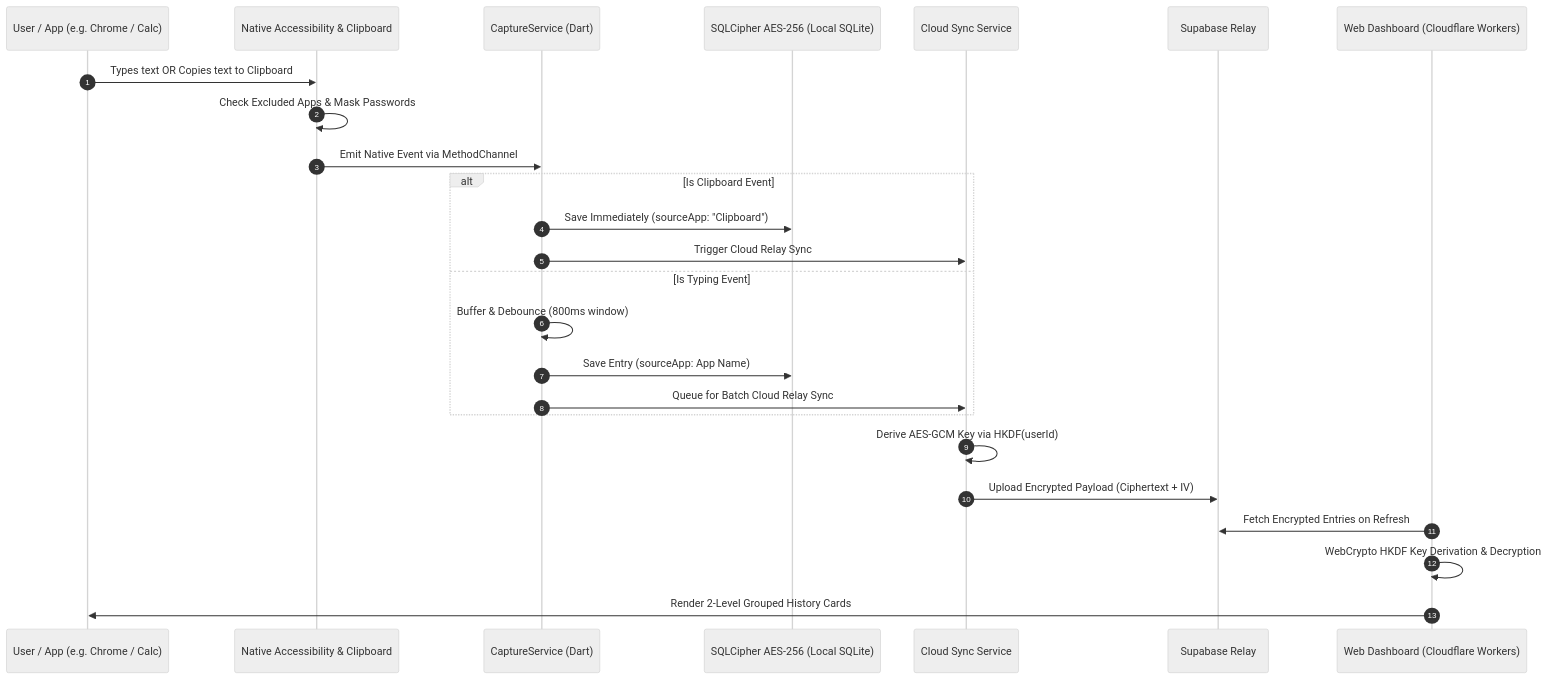
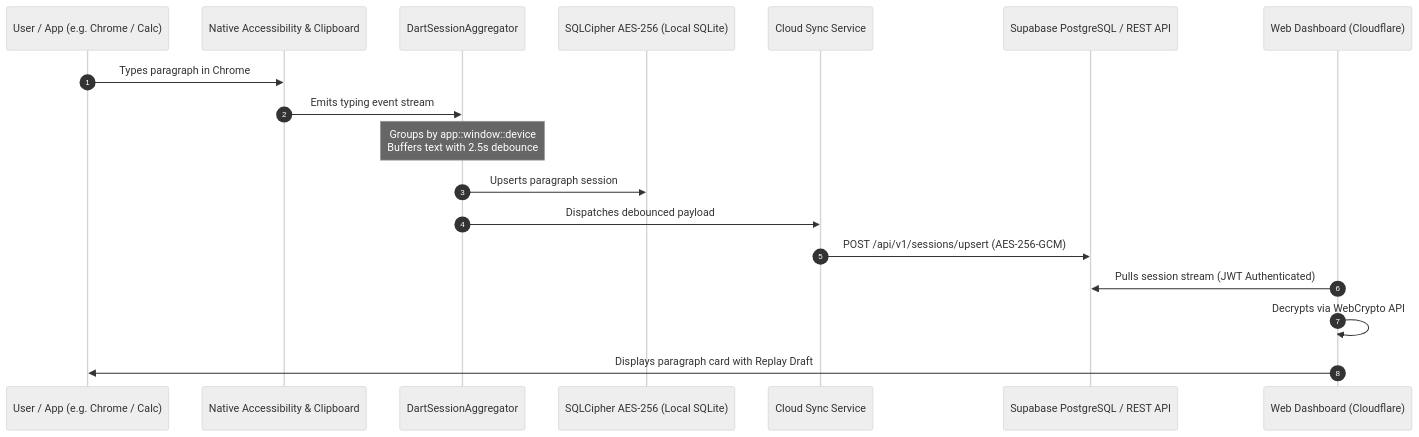
The diagram in docs/KeyFlow_04_Architecture.md (tramakrishna3012/KeyFlow), drawn with Mermaid (neutral theme) before and after one commit. The commit also changed other lines of this file and 9 other files, not shown here.

````diff
--- a/docs/KeyFlow_04_Architecture.md
+++ b/docs/KeyFlow_04_Architecture.md
@@ -92,31 +84,21 @@
 ```mermaid
 sequenceDiagram
     autonumber
     participant User as User / App (e.g. Chrome / Calc)
     participant A11y as Native Accessibility & Clipboard
-    participant Cap as CaptureService (Dart)
+    participant Agg as DartSessionAggregator
     participant DB as SQLCipher AES-256 (Local SQLite)
     participant Sync as Cloud Sync Service
-    participant Supa as Supabase Relay
-    participant Web as Web Dashboard (Cloudflare Workers)
+    participant Supa as Supabase PostgreSQL / REST API
+    participant Web as Web Dashboard (Cloudflare)
 
-    User->>A11y: Types text OR Copies text to Clipboard
-    A11y->>A11y: Check Excluded Apps & Mask Passwords
-    A11y->>Cap: Emit Native Event via MethodChannel
-    
-    alt Is Clipboard Event
-        Cap->>DB: Save Immediately (sourceApp: "Clipboard")
-        Cap->>Sync: Trigger Cloud Relay Sync
-    else Is Typing Event
-        Cap->>Cap: Buffer & Debounce (800ms window)
-        Cap->>DB: Save Entry (sourceApp: App Name)
-        Cap->>Sync: Queue for Batch Cloud Relay Sync
-    end
-
-    Sync->>Sync: Derive AES-GCM Key via HKDF(userId)
-    Sync->>Supa: Upload Encrypted Payload (Ciphertext + IV)
-    
-    Web->>Supa: Fetch Encrypted Entries on Refresh
-    Web->>Web: WebCrypto HKDF Key Derivation & Decryption
-    Web->>User: Render 2-Level Grouped History Cards
+    User->>A11y: Types paragraph in Chrome
+    A11y->>Agg: Emits typing event stream
+    Note over Agg: Groups by app::window::device<br/>Buffers text with 2.5s debounce
+    Agg->>DB: Upserts paragraph session
+    Agg->>Sync: Dispatches debounced payload
+    Sync->>Supa: POST /api/v1/sessions/upsert (AES-256-GCM)
+    Web->>Supa: Pulls session stream (JWT Authenticated)
+    Web->>Web: Decrypts via WebCrypto API
+    Web->>User: Displays paragraph card with Replay Draft
 ```
````
